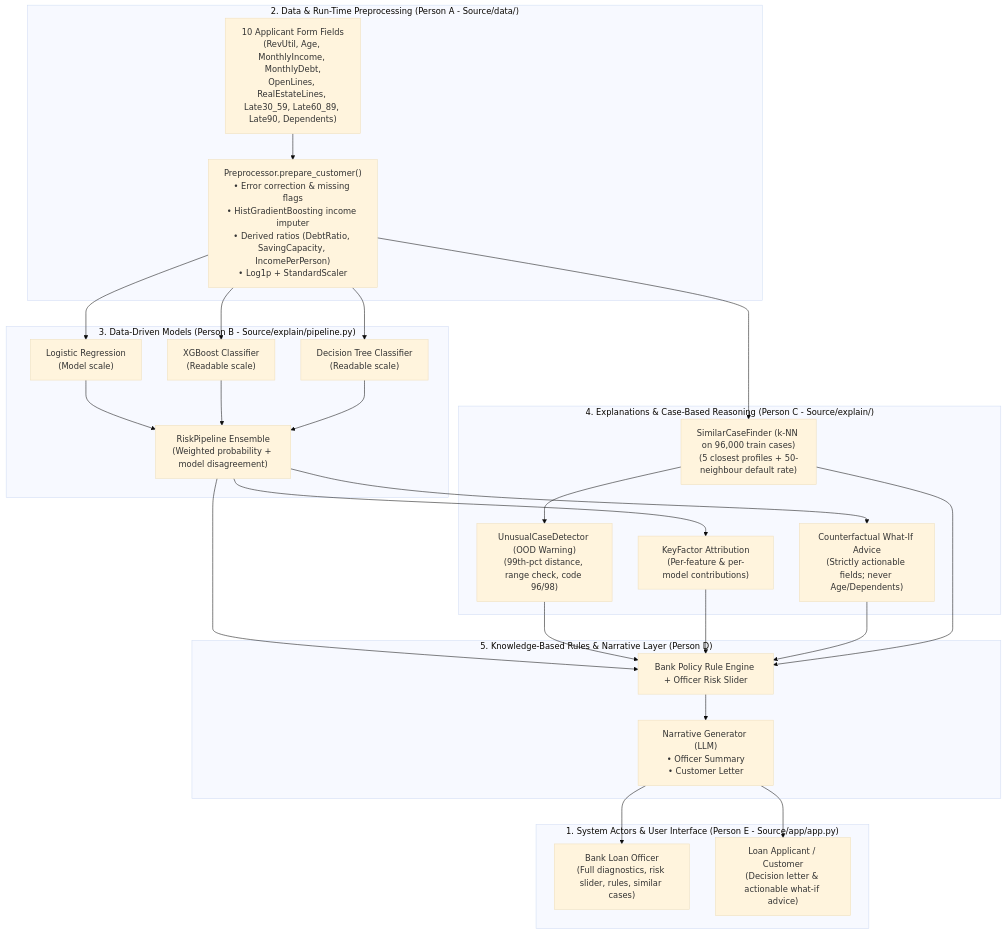
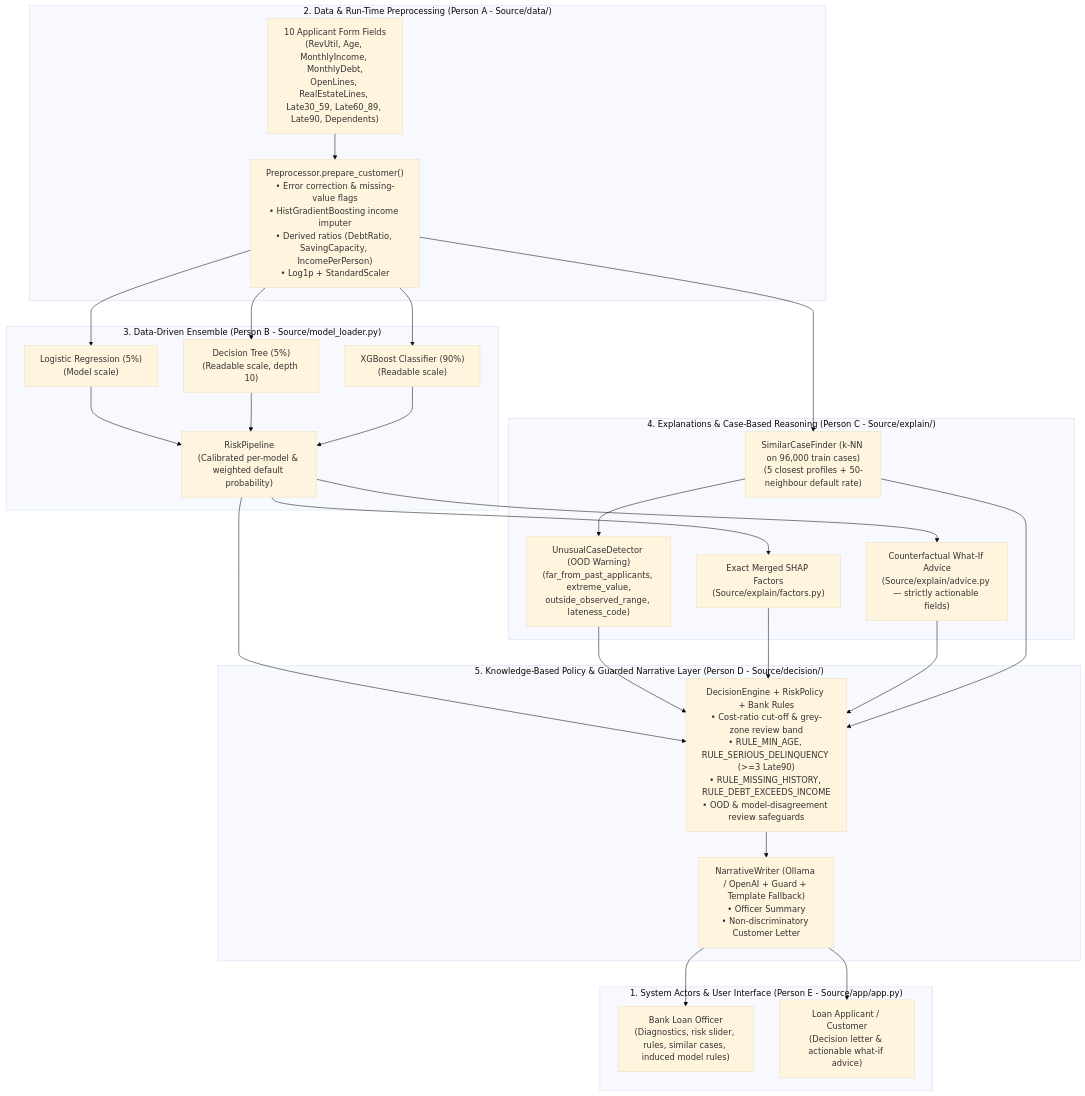
Before and after one commit to michudud04/IDSS-German-Credit-Score: the diagram in Documentation/PROJECT_COORDINATION_AND_PLANNING.md, drawn with Mermaid (base theme). The commit also changed other lines of this file and 16 other files, not shown here.

````diff
--- a/Documentation/PROJECT_COORDINATION_AND_PLANNING.md
+++ b/Documentation/PROJECT_COORDINATION_AND_PLANNING.md
@@ -11,38 +11,38 @@
 ```mermaid
 flowchart TD
     subgraph Actors["1. System Actors & User Interface (Person E - Source/app/app.py)"]
-        Officer["Bank Loan Officer\n(Full diagnostics, risk slider, rules, similar cases)"]
+        Officer["Bank Loan Officer\n(Diagnostics, risk slider, rules, similar cases, induced model rules)"]
         Customer["Loan Applicant / Customer\n(Decision letter & actionable what-if advice)"]
     end
 
     subgraph DataLayer["2. Data & Run-Time Preprocessing (Person A - Source/data/)"]
         RawInput["10 Applicant Form Fields\n(RevUtil, Age, MonthlyIncome, MonthlyDebt,\nOpenLines, RealEstateLines, Late30_59, Late60_89, Late90, Dependents)"]
-        Prep["Preprocessor.prepare_customer()\n• Error correction & missing flags\n• HistGradientBoosting income imputer\n• Derived ratios (DebtRatio, SavingCapacity, IncomePerPerson)\n• Log1p + StandardScaler"]
+        Prep["Preprocessor.prepare_customer()\n• Error correction & missing-value flags\n• HistGradientBoosting income imputer\n• Derived ratios (DebtRatio, SavingCapacity, IncomePerPerson)\n• Log1p + StandardScaler"]
         RawInput --> Prep
     end
 
-    subgraph DataDriven["3. Data-Driven Models (Person B - Source/explain/pipeline.py)"]
-        LR["Logistic Regression\n(Model scale)"]
-        XGB["XGBoost Classifier\n(Readable scale)"]
-        DT["Decision Tree Classifier\n(Readable scale)"]
-        Comb["RiskPipeline Ensemble\n(Weighted probability + model disagreement)"]
-        Prep --> LR & XGB & DT --> Comb
+    subgraph DataDriven["3. Data-Driven Ensemble (Person B - Source/model_loader.py)"]
+        LR["Logistic Regression (5%)\n(Model scale)"]
+        DT["Decision Tree (5%)\n(Readable scale, depth 10)"]
+        XGB["XGBoost Classifier (90%)\n(Readable scale)"]
+        Comb["RiskPipeline\n(Calibrated per-model & weighted default probability)"]
+        Prep --> LR & DT & XGB --> Comb
     end
 
     subgraph ExplainLayer["4. Explanations & Case-Based Reasoning (Person C - Source/explain/)"]
-        Factors["KeyFactor Attribution\n(Per-feature & per-model contributions)"]
-        Advice["Counterfactual What-If Advice\n(Strictly actionable fields; never Age/Dependents)"]
+        Factors["Exact Merged SHAP Factors\n(Source/explain/factors.py)"]
+        Advice["Counterfactual What-If Advice\n(Source/explain/advice.py — strictly actionable fields)"]
         Sim["SimilarCaseFinder (k-NN on 96,000 train cases)\n(5 closest profiles + 50-neighbour default rate)"]
-        OOD["UnusualCaseDetector (OOD Warning)\n(99th-pct distance, range check, code 96/98)"]
+        OOD["UnusualCaseDetector (OOD Warning)\n(far_from_past_applicants, extreme_value,\noutside_observed_range, lateness_code)"]
         Prep --> Sim --> OOD
         Comb --> Factors & Advice
     end
 
-    subgraph KnowledgeLayer["5. Knowledge-Based Rules & Narrative Layer (Person D)"]
-        Rules["Bank Policy Rule Engine + Officer Risk Slider"]
-        LLM["Narrative Generator (LLM)\n• Officer Summary\n• Customer Letter"]
+    subgraph KnowledgeLayer["5. Knowledge-Based Policy & Guarded Narrative Layer (Person D - Source/decision/)"]
+        Rules["DecisionEngine + RiskPolicy + Bank Rules\n• Cost-ratio cut-off & grey-zone review band\n• RULE_MIN_AGE, RULE_SERIOUS_DELINQUENCY (>=3 Late90)\n• RULE_MISSING_HISTORY, RULE_DEBT_EXCEEDS_INCOME\n• OOD & model-disagreement review safeguards"]
+        LLM["NarrativeWriter (Ollama / OpenAI + Guard + Template Fallback)\n• Officer Summary\n• Non-discriminatory Customer Letter"]
         Comb & OOD & Factors & Advice & Sim --> Rules --> LLM
     end
 
     LLM --> Officer & Customer
 ```
````
